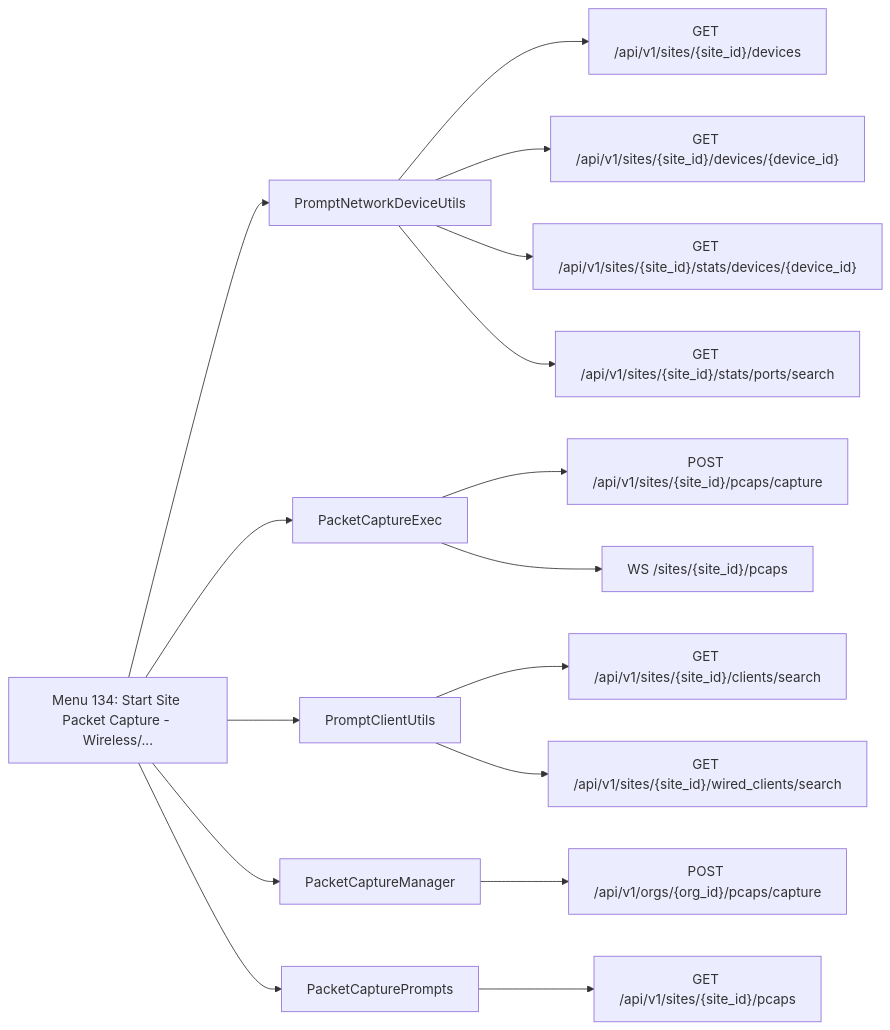
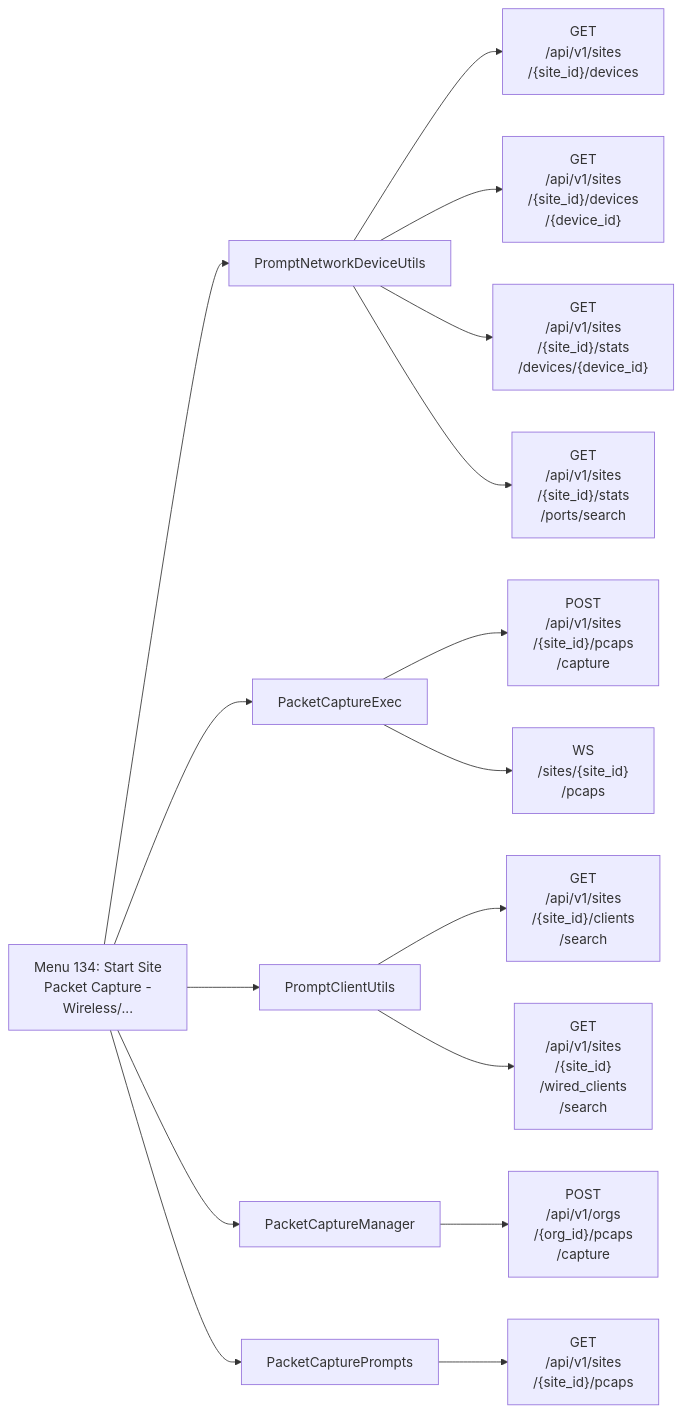
One commit to jmorrison-juniper/MistHelper changed diagram 12 of 28 in documentation/menu-api/interactive.md. Above: the diagram before and after it, drawn with Mermaid. The commit also changed other lines of this file and 19 other files, not shown here.

First line of the commit message:
docs(menu-api): fit the Mermaid diagrams to the wiki column

````diff
--- a/documentation/menu-api/interactive.md
+++ b/documentation/menu-api/interactive.md
@@ -416,19 +268,19 @@
 ```mermaid
 flowchart LR
-    menu["Menu 134: Start Site Packet Capture - Wireless/..."]
+    menu["Menu 134: Start Site<br/>Packet Capture -<br/>Wireless/..."]
     menu --> c1["PromptNetworkDeviceUtils"]
-    c1 --> e1["GET /api/v1/sites/{site_id}/devices"]
-    c1 --> e2["GET /api/v1/sites/{site_id}/devices/{device_id}"]
-    c1 --> e3["GET /api/v1/sites/{site_id}/stats/devices/{device_id}"]
-    c1 --> e4["GET /api/v1/sites/{site_id}/stats/ports/search"]
+    c1 --> e1["GET<br/>/api/v1/sites<br/>/{site_id}/devices"]
+    c1 --> e2["GET<br/>/api/v1/sites<br/>/{site_id}/devices<br/>/{device_id}"]
+    c1 --> e3["GET<br/>/api/v1/sites<br/>/{site_id}/stats<br/>/devices/{device_id}"]
+    c1 --> e4["GET<br/>/api/v1/sites<br/>/{site_id}/stats<br/>/ports/search"]
     menu --> c2["PacketCaptureExec"]
-    c2 --> e5["POST /api/v1/sites/{site_id}/pcaps/capture"]
-    c2 --> e6["WS /sites/{site_id}/pcaps"]
+    c2 --> e5["POST<br/>/api/v1/sites<br/>/{site_id}/pcaps<br/>/capture"]
+    c2 --> e6["WS<br/>/sites/{site_id}<br/>/pcaps"]
     menu --> c3["PromptClientUtils"]
-    c3 --> e7["GET /api/v1/sites/{site_id}/clients/search"]
-    c3 --> e8["GET /api/v1/sites/{site_id}/wired_clients/search"]
+    c3 --> e7["GET<br/>/api/v1/sites<br/>/{site_id}/clients<br/>/search"]
+    c3 --> e8["GET<br/>/api/v1/sites<br/>/{site_id}<br/>/wired_clients<br/>/search"]
     menu --> c4["PacketCaptureManager"]
-    c4 --> e9["POST /api/v1/orgs/{org_id}/pcaps/capture"]
+    c4 --> e9["POST<br/>/api/v1/orgs<br/>/{org_id}/pcaps<br/>/capture"]
     menu --> c5["PacketCapturePrompts"]
-    c5 --> e10["GET /api/v1/sites/{site_id}/pcaps"]
+    c5 --> e10["GET<br/>/api/v1/sites<br/>/{site_id}/pcaps"]
 ```
````
